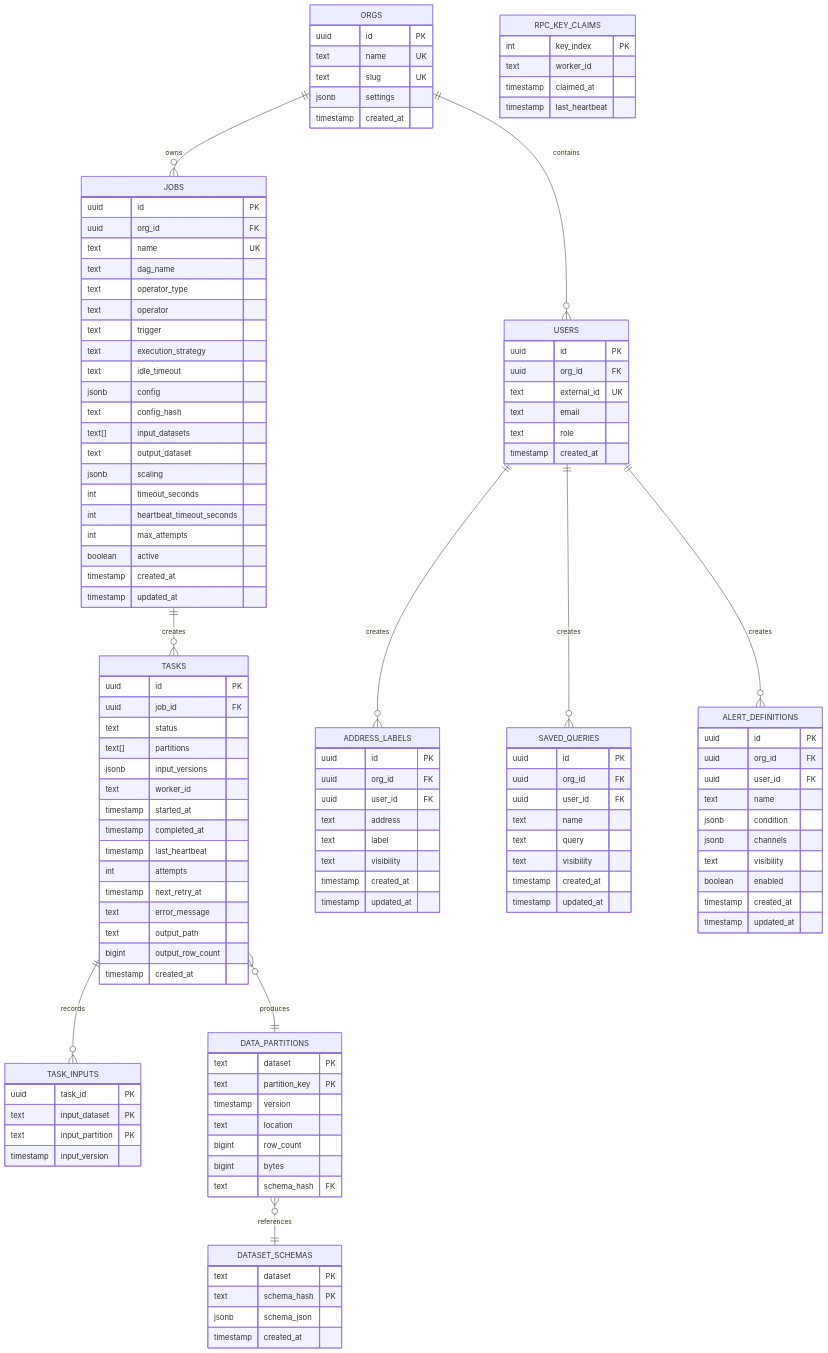
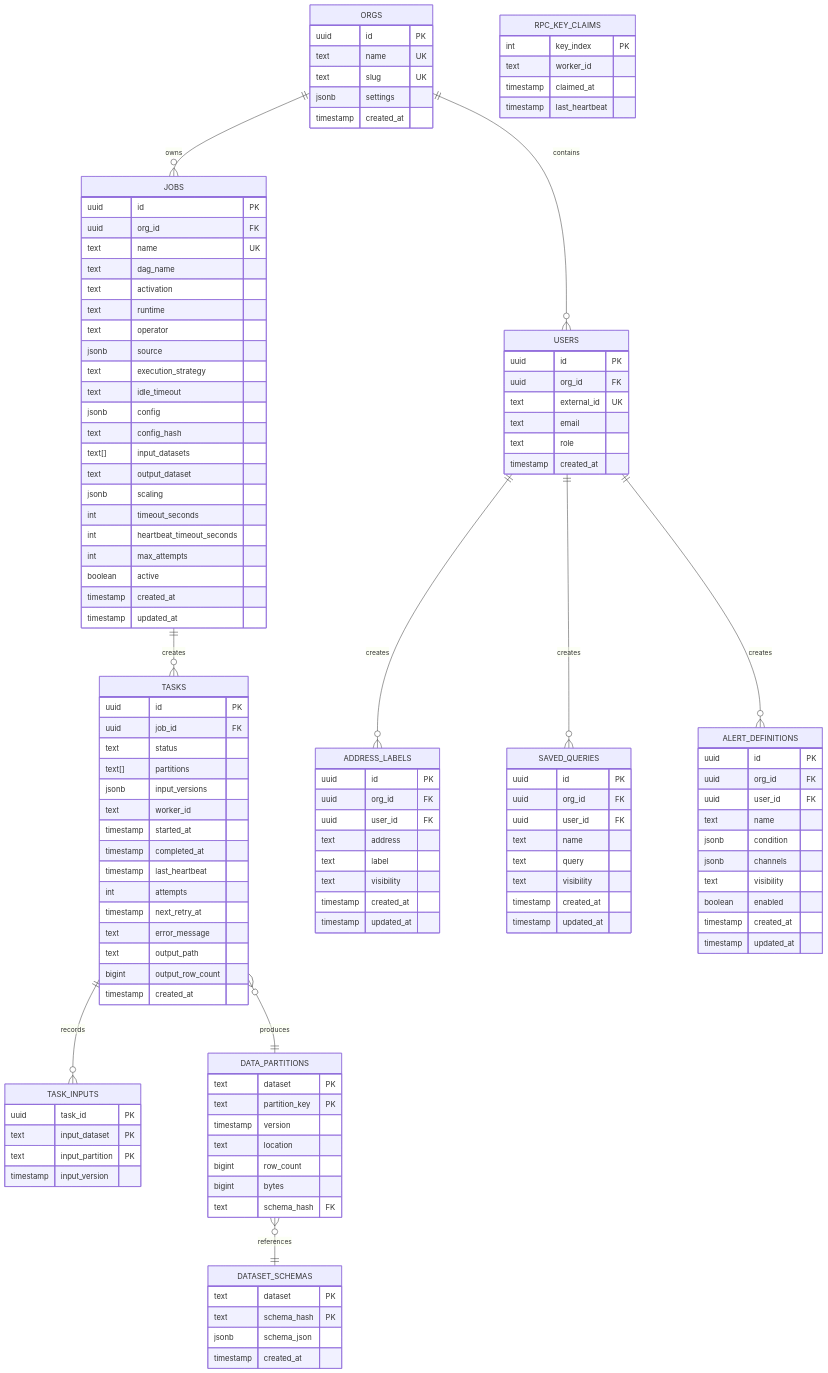
Before and after one commit to c7121/trace: the second of 7 diagrams in docs/architecture/architecture.md, drawn with Mermaid. The commit also changed other lines of this file and 17 other files, not shown here.

```diff
--- a/docs/architecture/architecture.md
+++ b/docs/architecture/architecture.md
@@ -232,9 +254,10 @@
         uuid org_id FK
         text name UK
         text dag_name
-        text operator_type
+        text activation
+        text runtime
         text operator
-        text trigger
+        jsonb source
         text execution_strategy
         text idle_timeout
         jsonb config
```
